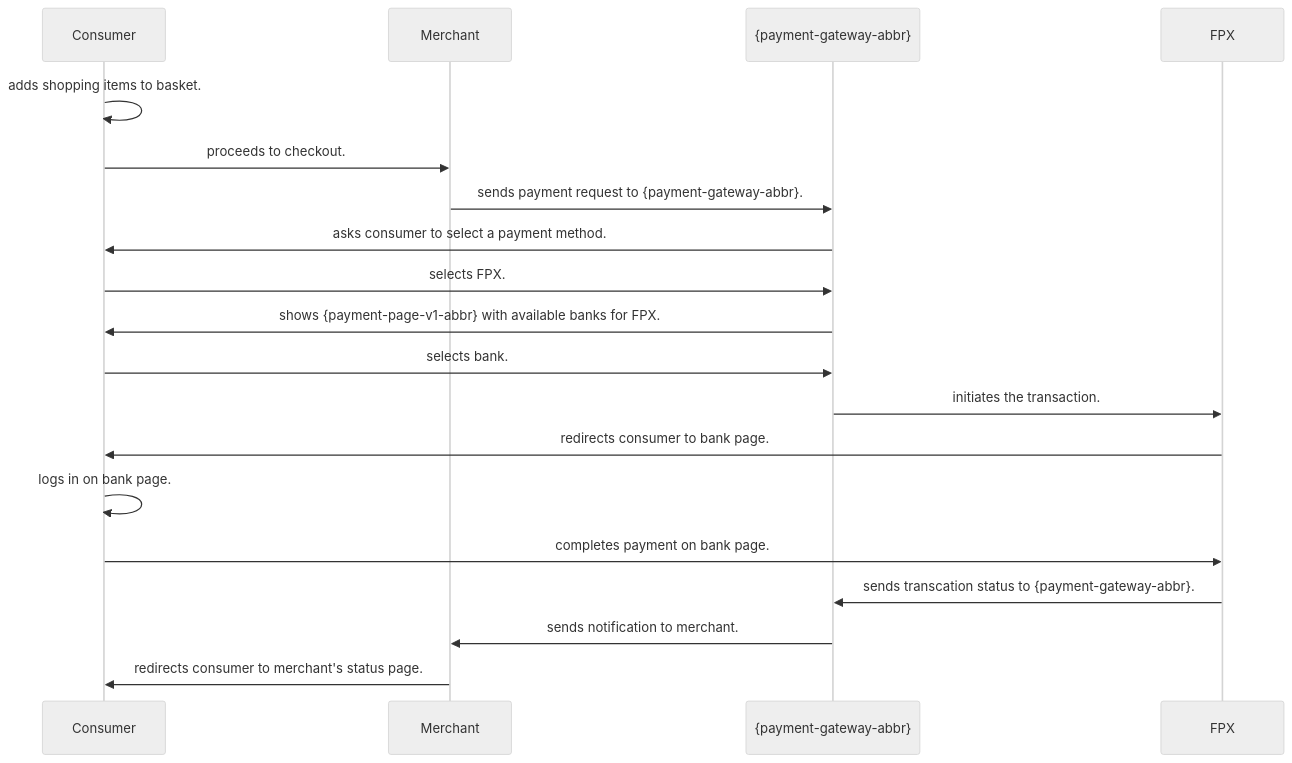
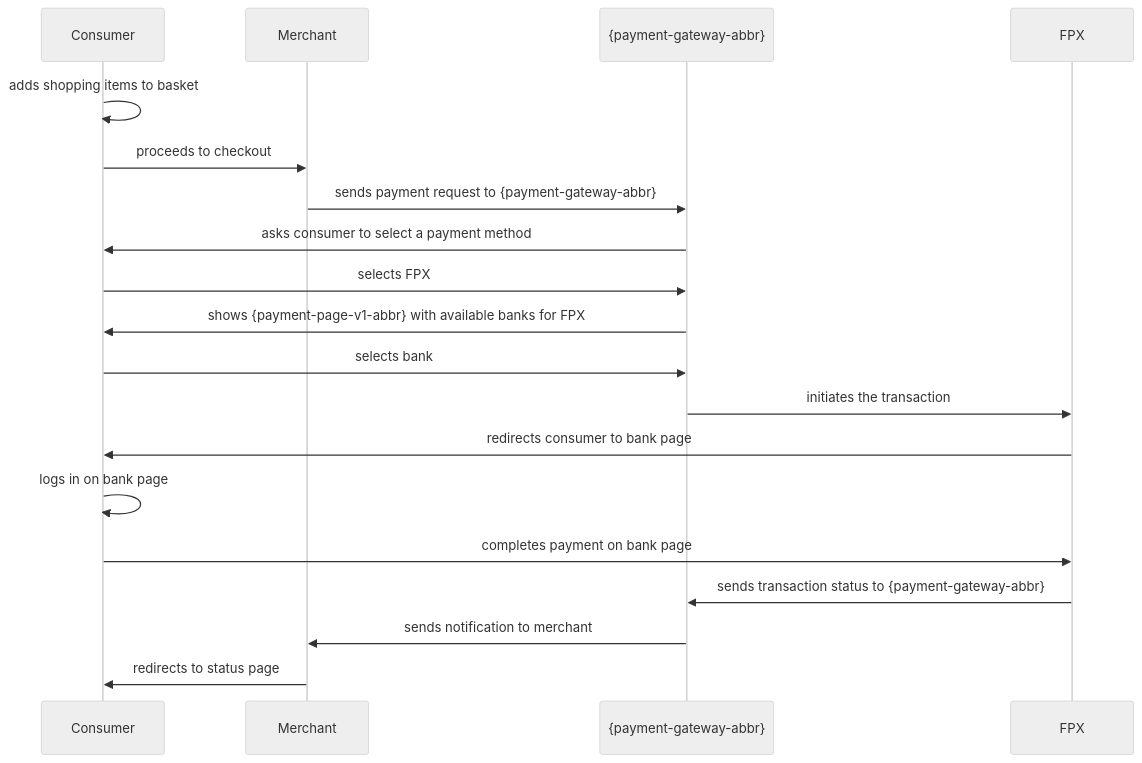
One commit to wirecard/merchant-documentation-gateway changed the diagram in 11-47-fpx.adoc. Above: the diagram before and after it, drawn with Mermaid (neutral theme). The commit also changed other lines of this file and 1 other file, not shown here.

```diff
--- a/11-47-fpx.adoc
+++ b/11-47-fpx.adoc
@@ -69,22 +66,22 @@
 [mermaid, CC_Fields_intro_elements_parentchild,svg,subs=attributes+]
 ----
 sequenceDiagram
     participant Consumer
     participant Merchant
     participant {payment-gateway-abbr}
     participant FPX
-Consumer->>Consumer: adds shopping items to basket.
-Consumer->>Merchant: proceeds to checkout.
-Merchant->>{payment-gateway-abbr}: sends payment request to {payment-gateway-abbr}.
-{payment-gateway-abbr}->>Consumer: asks consumer to select a payment method.
-Consumer->>{payment-gateway-abbr}: selects FPX.
-{payment-gateway-abbr}->> Consumer: shows {payment-page-v1-abbr} with available banks for FPX.
-Consumer->>{payment-gateway-abbr}: selects bank.
-{payment-gateway-abbr}->>FPX: initiates the transaction.
-FPX->>Consumer: redirects consumer to bank page.
-Consumer->>Consumer: logs in on bank page.
-Consumer->>FPX: completes payment on bank page.
-FPX->>{payment-gateway-abbr}: sends transcation status to {payment-gateway-abbr}.
-{payment-gateway-abbr}->>Merchant: sends notification to merchant.
-Merchant->>Consumer: redirects consumer to merchant's status page.
+Consumer->>Consumer: adds shopping items to basket
+Consumer->>Merchant: proceeds to checkout
+Merchant->>{payment-gateway-abbr}: sends payment request to {payment-gateway-abbr}
+{payment-gateway-abbr}->>Consumer: asks consumer to select a payment method
+Consumer->>{payment-gateway-abbr}: selects FPX
+{payment-gateway-abbr}->> Consumer: shows {payment-page-v1-abbr} with available banks for FPX
+Consumer->>{payment-gateway-abbr}: selects bank
+{payment-gateway-abbr}->>FPX: initiates the transaction
+FPX->>Consumer: redirects consumer to bank page
+Consumer->>Consumer: logs in on bank page
+Consumer->>FPX: completes payment on bank page
+FPX->>{payment-gateway-abbr}: sends transaction status to {payment-gateway-abbr}
+{payment-gateway-abbr}->>Merchant: sends notification to merchant
+Merchant->>Consumer: redirects to status page
 ----
```
